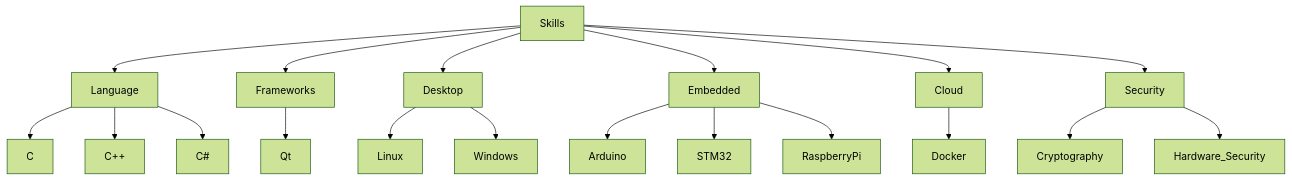
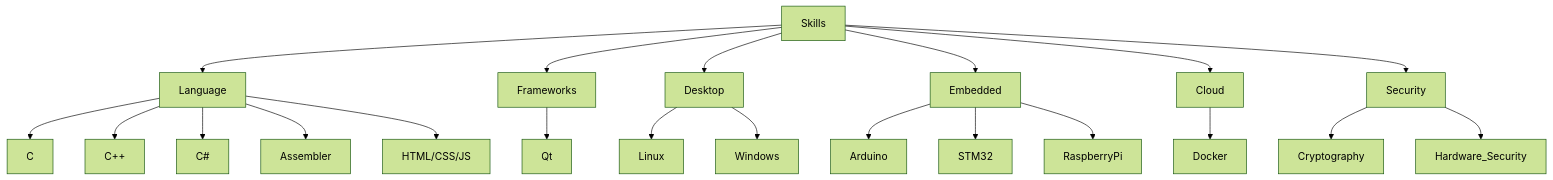
One commit to 0x600/0x600 changed the diagram in README.md. Above: the diagram before and after it, drawn with Mermaid (forest theme).

Commit message:
20220317_1240

````diff
--- a/README.md
+++ b/README.md
@@ -5,27 +5,29 @@
 ```mermaid
 flowchart TB
   Skills-->Language;
   Skills-->Frameworks;
   Skills-->Desktop;
   Skills-->Embedded;
   Skills-->Cloud;
   Skills-->Security;
   
   Language-->C;
   Language-->C++;
   Language-->C#;
+  Language-->Assembler;
+  Language-->HTML/CSS/JS;
   
   Frameworks-->Qt;
   
   Desktop-->Linux;
   Desktop-->Windows;
   
   Embedded-->Arduino;
   Embedded-->STM32;
   Embedded-->RaspberryPi;
   
   Cloud-->Docker;
   
   Security-->Cryptography;
   Security-->Hardware_Security;
 ```
````
